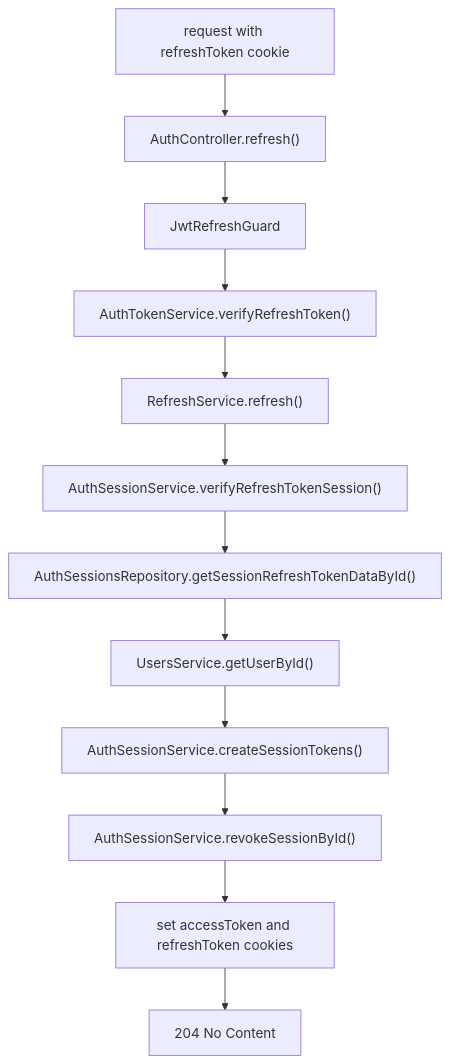
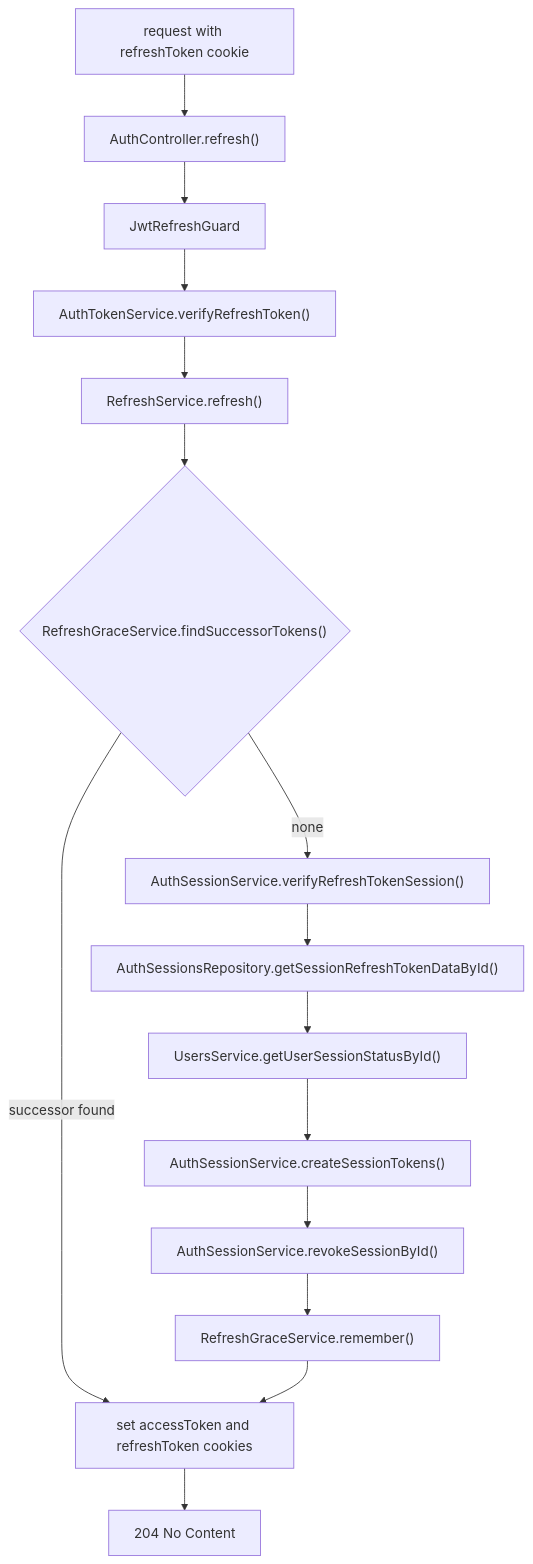
The first of 2 diagrams in back/docs/auth/session-endpoints.md (KaterynaKocheharova/Practice-app), drawn with Mermaid before and after one commit. The commit also changed other lines of this file and 17 other files, not shown here.

````diff
--- a/back/docs/auth/session-endpoints.md
+++ b/back/docs/auth/session-endpoints.md
@@ -16,14 +16,17 @@
 ```mermaid
 flowchart TD
   Request["request with refreshToken cookie"] --> Controller["AuthController.refresh()"]
   Controller --> Guard["JwtRefreshGuard"]
   Guard --> Token["AuthTokenService.verifyRefreshToken()"]
   Token --> Refresh["RefreshService.refresh()"]
-  Refresh --> Session["AuthSessionService.verifyRefreshTokenSession()"]
+  Refresh --> Grace{"RefreshGraceService.findSuccessorTokens()"}
+  Grace -->|successor found| Cookies
+  Grace -->|none| Session["AuthSessionService.verifyRefreshTokenSession()"]
   Session --> Repository["AuthSessionsRepository.getSessionRefreshTokenDataById()"]
-  Repository --> User["UsersService.getUserById()"]
+  Repository --> User["UsersService.getUserSessionStatusById()"]
   User --> Create["AuthSessionService.createSessionTokens()"]
   Create --> Revoke["AuthSessionService.revokeSessionById()"]
-  Revoke --> Cookies["set accessToken and refreshToken cookies"]
+  Revoke --> Remember["RefreshGraceService.remember()"]
+  Remember --> Cookies["set accessToken and refreshToken cookies"]
   Cookies --> Response["204 No Content"]
 ```
````
